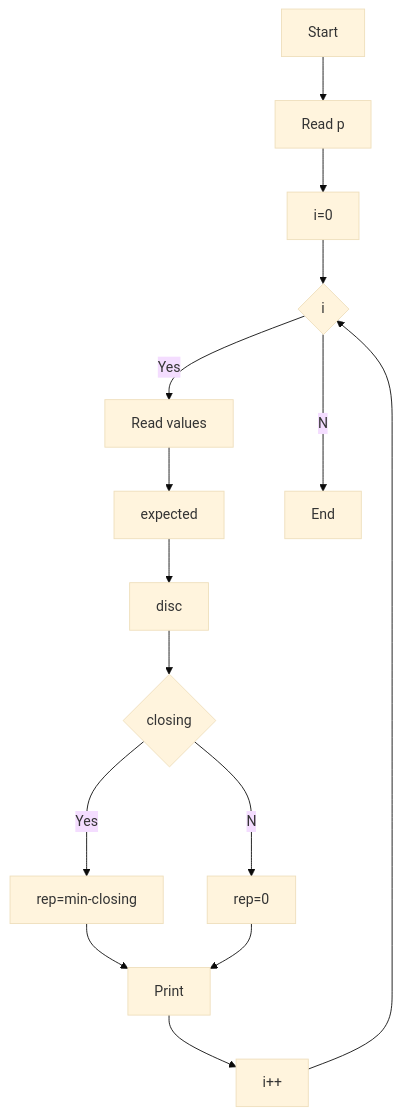
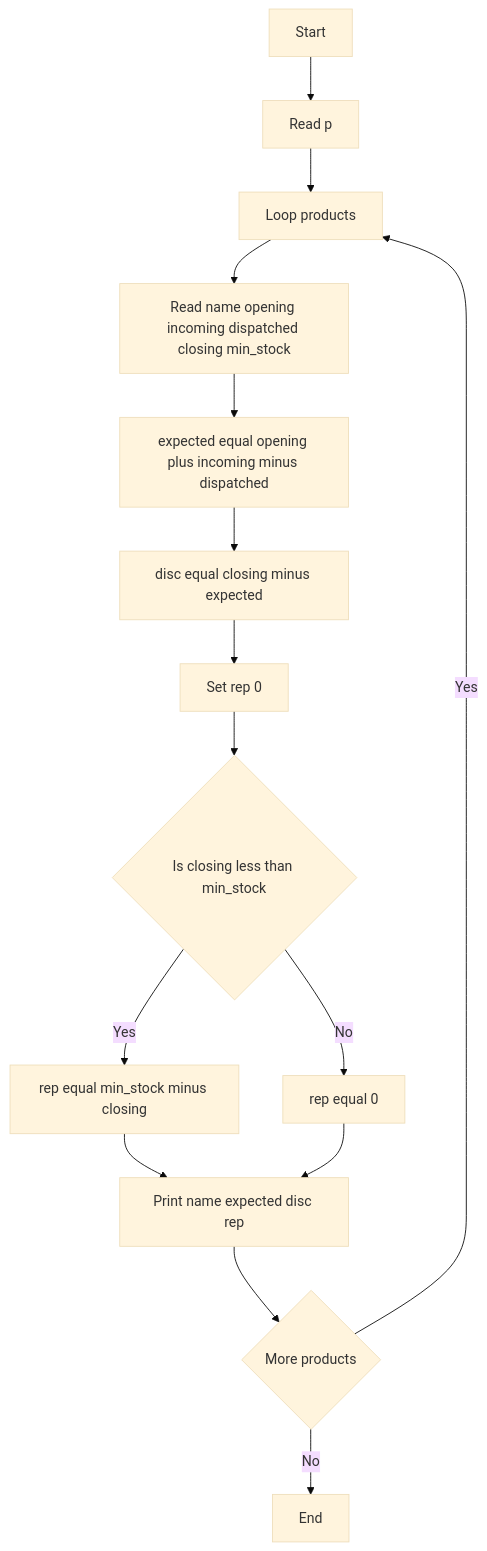
One commit to bhanusritirumala709-source/python-activity-Based-learning changed the diagram in task3/code.md. Above: the diagram before and after it, drawn with Mermaid (base theme). The commit also changed other lines of this file, not shown here.

````diff
--- a/task3/code.md
+++ b/task3/code.md
@@ -6,17 +23,17 @@
 ```mermaid
 flowchart TD
-    A[Start]-->B[Read p]
-    B-->C[i=0]
-    C-->D{i<p}
-    D--Yes-->E[Read values]
-    E-->F[expected]
-    F-->G[disc]
-    G-->H{closing<min}
-    H--Yes-->I[rep=min-closing]
-    H--No-->J[rep=0]
-    I-->K[Print]
-    J-->K
-    K-->L[i++]
-    L-->D
-    D--No-->M[End]
+    A[Start] --> B[Read p]
+    B --> C[Loop products]
+    C --> D[Read name opening incoming dispatched closing min_stock]
+    D --> E[expected equal opening plus incoming minus dispatched]
+    E --> F[disc equal closing minus expected]
+    F --> G[Set rep 0]
+    G --> H{Is closing less than min_stock}
+    H -- Yes --> I[rep equal min_stock minus closing]
+    H -- No --> J[rep equal 0]
+    I --> K[Print name expected disc rep]
+    J --> K
+    K --> L{More products}
+    L -- Yes --> C
+    L -- No --> M[End]
 ```
````
